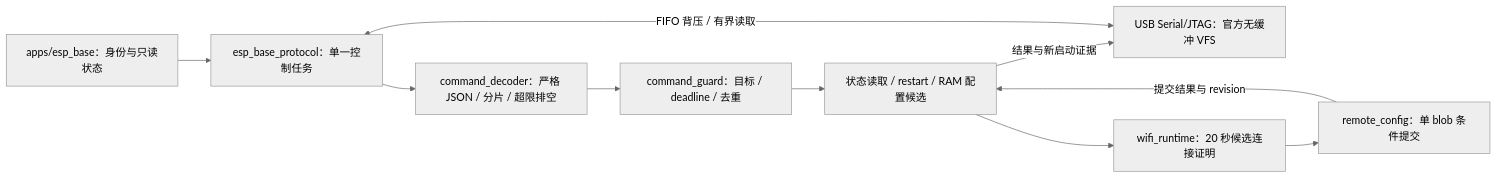
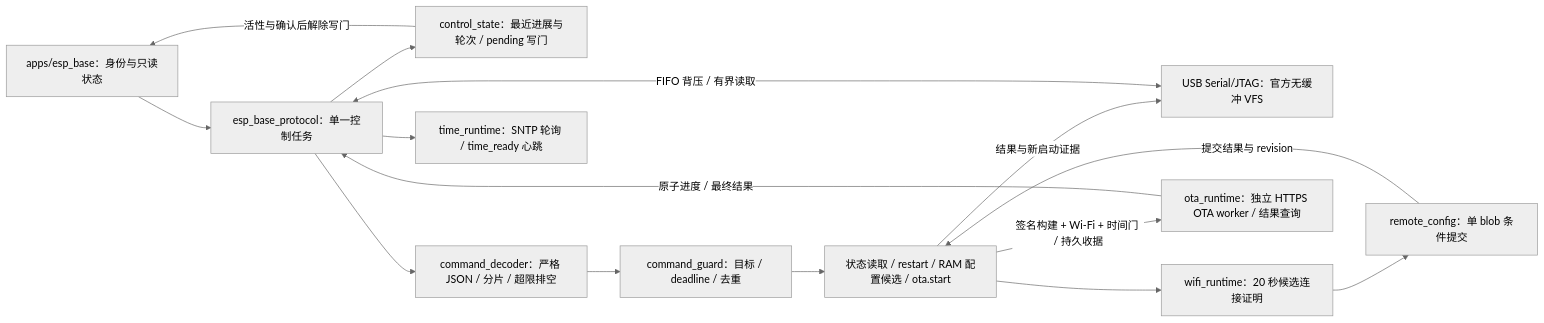
Before and after one commit to darren-you/esp-base: the diagram in firmware/components/device_protocol/README.md, drawn with Mermaid (neutral theme). The commit also changed other lines of this file and 64 other files, not shown here.

First line of the commit message:
为 OTA pending 新槽加入本地自检与三十秒稳定确认门，并补齐 host 故障回归和固件说明

````diff
--- a/firmware/components/device_protocol/README.md
+++ b/firmware/components/device_protocol/README.md
@@ -7,12 +7,17 @@
 ```mermaid
 flowchart LR
     app["apps/esp_base：身份与只读状态"] --> owner["esp_base_protocol：单一控制任务"]
+    owner --> state["control_state：最近进展与轮次 / pending 写门"]
+    state -->|"活性与确认后解除写门"| app
     usb["USB Serial/JTAG：官方无缓冲 VFS"] <-->|"FIFO 背压 / 有界读取"| owner
     owner --> parser["command_decoder：严格 JSON / 分片 / 超限排空"]
     parser --> guard["command_guard：目标 / deadline / 去重"]
-    guard --> action["状态读取 / restart / RAM 配置候选"]
+    guard --> action["状态读取 / restart / RAM 配置候选 / ota.start"]
     action --> wifi["wifi_runtime：20 秒候选连接证明"]
+    owner --> time["time_runtime：SNTP 轮询 / time_ready 心跳"]
+    action -->|"签名构建 + Wi-Fi + 时间门 / 持久收据"| ota["ota_runtime：独立 HTTPS OTA worker / 结果查询"]
+    ota -->|"原子进度 / 最终结果"| owner
     wifi --> store["remote_config：单 blob 条件提交"]
     store -->|"提交结果与 revision"| action
     action -->|"结果与新启动证据"| usb
 ```
````
